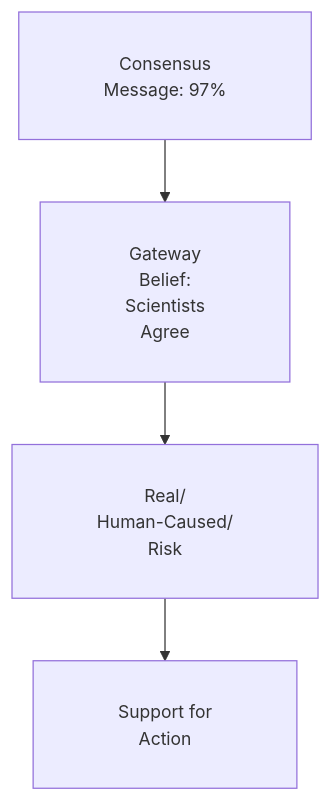
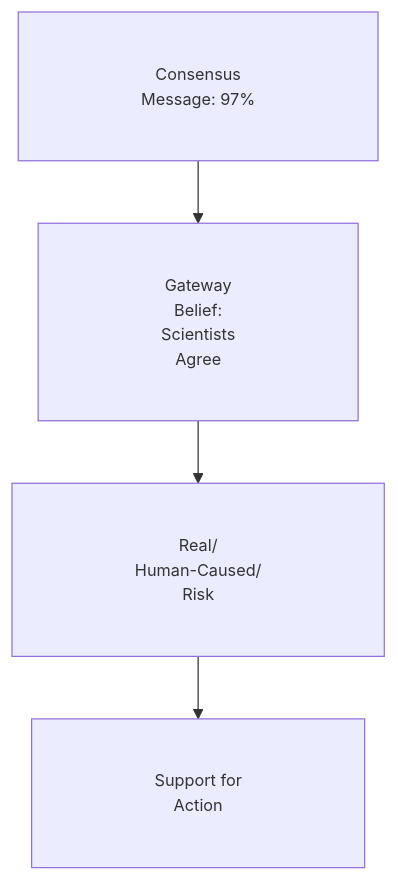
Before and after one commit to GM024/CourseSummaries: the sixth of 7 diagrams in Communication_Influence/Mastery_Guide_SOW_BS033.md, drawn with Mermaid. The commit also changed other lines of this file, not shown here.

Commit message:
Standardize all diagrams with 13px font, 40px padding, and Quad-Invisible-Padding

````diff
--- a/Communication_Influence/Mastery_Guide_SOW_BS033.md
+++ b/Communication_Influence/Mastery_Guide_SOW_BS033.md
@@ -184,7 +184,7 @@
 ```mermaid
-%%{init: {'flowchart': {'padding': 30}, 'themeVariables': { 'fontSize': '14px' }}}%%
+%%{init: {'flowchart': {'padding': 40}, 'themeVariables': { 'fontSize': '13px' }}}%%
 graph TD
-    Consensus["&nbsp; Consensus &nbsp;<br/>&nbsp; Message: 97% &nbsp;"] --> Gateway["&nbsp; Gateway &nbsp;<br/>&nbsp; Belief: &nbsp;<br/>&nbsp; Scientists &nbsp;<br/>&nbsp; Agree &nbsp;"]
-    Gateway --> KeyBeliefs["&nbsp; Real/ &nbsp;<br/>&nbsp; Human-Caused/ &nbsp;<br/>&nbsp; Risk &nbsp;"]
-    KeyBeliefs --> PolicySupport["&nbsp; Support for &nbsp;<br/>&nbsp; Action &nbsp;"]
+    Consensus["&nbsp;&nbsp;&nbsp;&nbsp; Consensus &nbsp;&nbsp;&nbsp;&nbsp;<br/>&nbsp;&nbsp;&nbsp;&nbsp; Message: 97% &nbsp;&nbsp;&nbsp;&nbsp;"] --> Gateway["&nbsp;&nbsp;&nbsp;&nbsp; Gateway &nbsp;&nbsp;&nbsp;&nbsp;<br/>&nbsp;&nbsp;&nbsp;&nbsp; Belief: &nbsp;&nbsp;&nbsp;&nbsp;<br/>&nbsp;&nbsp;&nbsp;&nbsp; Scientists &nbsp;&nbsp;&nbsp;&nbsp;<br/>&nbsp;&nbsp;&nbsp;&nbsp; Agree &nbsp;&nbsp;&nbsp;&nbsp;"]
+    Gateway --> KeyBeliefs["&nbsp;&nbsp;&nbsp;&nbsp; Real/ &nbsp;&nbsp;&nbsp;&nbsp;<br/>&nbsp;&nbsp;&nbsp;&nbsp; Human-Caused/ &nbsp;&nbsp;&nbsp;&nbsp;<br/>&nbsp;&nbsp;&nbsp;&nbsp; Risk &nbsp;&nbsp;&nbsp;&nbsp;"]
+    KeyBeliefs --> PolicySupport["&nbsp;&nbsp;&nbsp;&nbsp; Support for &nbsp;&nbsp;&nbsp;&nbsp;<br/>&nbsp;&nbsp;&nbsp;&nbsp; Action &nbsp;&nbsp;&nbsp;&nbsp;"]
 ```
````
